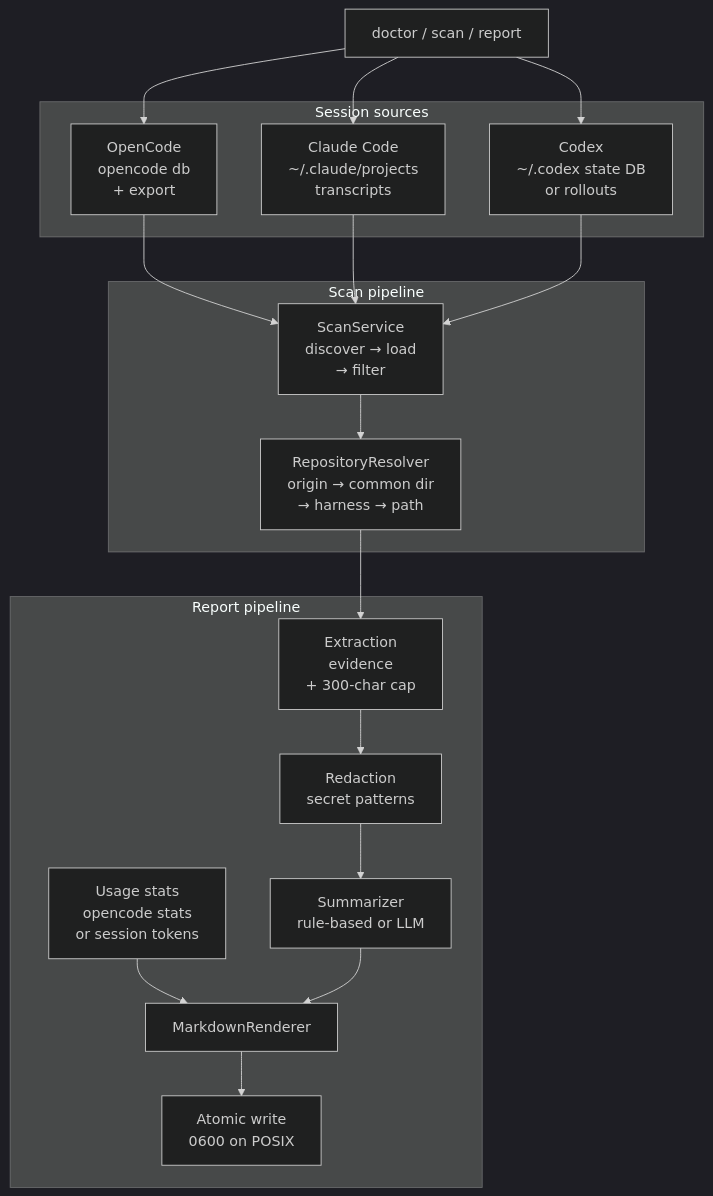
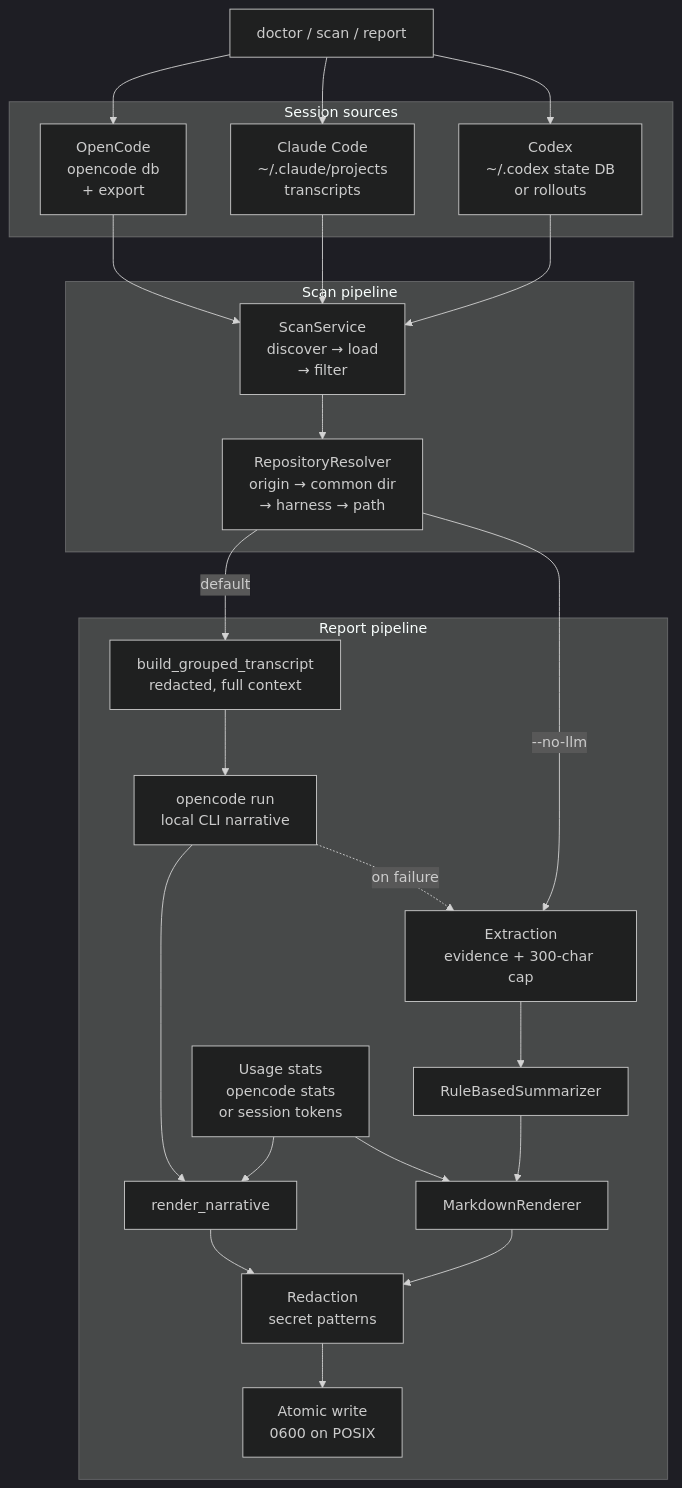
The diagram in docs/assets/architecture.mmd (mike840609/agent-worklog), drawn with Mermaid (dark theme) before and after one commit. The commit also changed 1 other file, not shown here.

Commit message:
docs: fix architecture diagram to show the narrative and structured report paths

```diff
--- a/docs/assets/architecture.mmd
+++ b/docs/assets/architecture.mmd
@@ -1,39 +1,48 @@
 %% Source for architecture.svg. After editing, regenerate with:
 %%   docs/assets/render-architecture.sh
 %% Spacing is tuned in mermaid.json to hold the rendered height down without
 %% shrinking the text. Keep every comment line non-empty: a bare "%%" line
 %% swallows the newline and breaks the parser.
 flowchart TD
     subgraph Sources["Session sources"]
         OC["OpenCode<br/>opencode db<br/>+ export"]
         CC["Claude Code<br/>~/.claude/projects<br/>transcripts"]
         CX["Codex<br/>~/.codex state DB<br/>or rollouts"]
     end
 
     subgraph Pipeline["Scan pipeline"]
         SC["ScanService<br/>discover → load<br/>→ filter"]
         RV["RepositoryResolver<br/>origin → common dir<br/>→ harness → path"]
     end
 
     subgraph Report["Report pipeline"]
-        EX["Extraction<br/>evidence<br/>+ 300-char cap"]
+        TR["build_grouped_transcript<br/>redacted, full context"]
+        RUN["opencode run<br/>local CLI narrative"]
+        RN["render_narrative"]
+        EX["Extraction<br/>evidence + 300-char cap"]
+        RB["RuleBasedSummarizer"]
+        MR["MarkdownRenderer"]
+        US["Usage stats<br/>opencode stats<br/>or session tokens"]
         RD["Redaction<br/>secret patterns"]
-        SU["Summarizer<br/>rule-based or LLM"]
-        US["Usage stats<br/>opencode stats<br/>or session tokens"]
-        RE["MarkdownRenderer"]
         WR["Atomic write<br/>0600 on POSIX"]
     end
 
     CLI["doctor / scan / report"] --> OC
     CLI --> CC
     CLI --> CX
     OC --> SC
     CC --> SC
     CX --> SC
     SC --> RV
-    RV --> EX
-    EX --> RD
-    RD --> SU
-    US --> RE
-    SU --> RE
-    RE --> WR
+    RV -->|"default"| TR
+    RV -->|"--no-llm"| EX
+    TR --> RUN
+    RUN --> RN
+    RUN -.->|"on failure"| EX
+    EX --> RB
+    RB --> MR
+    US --> RN
+    US --> MR
+    RN --> RD
+    MR --> RD
+    RD --> WR
```
